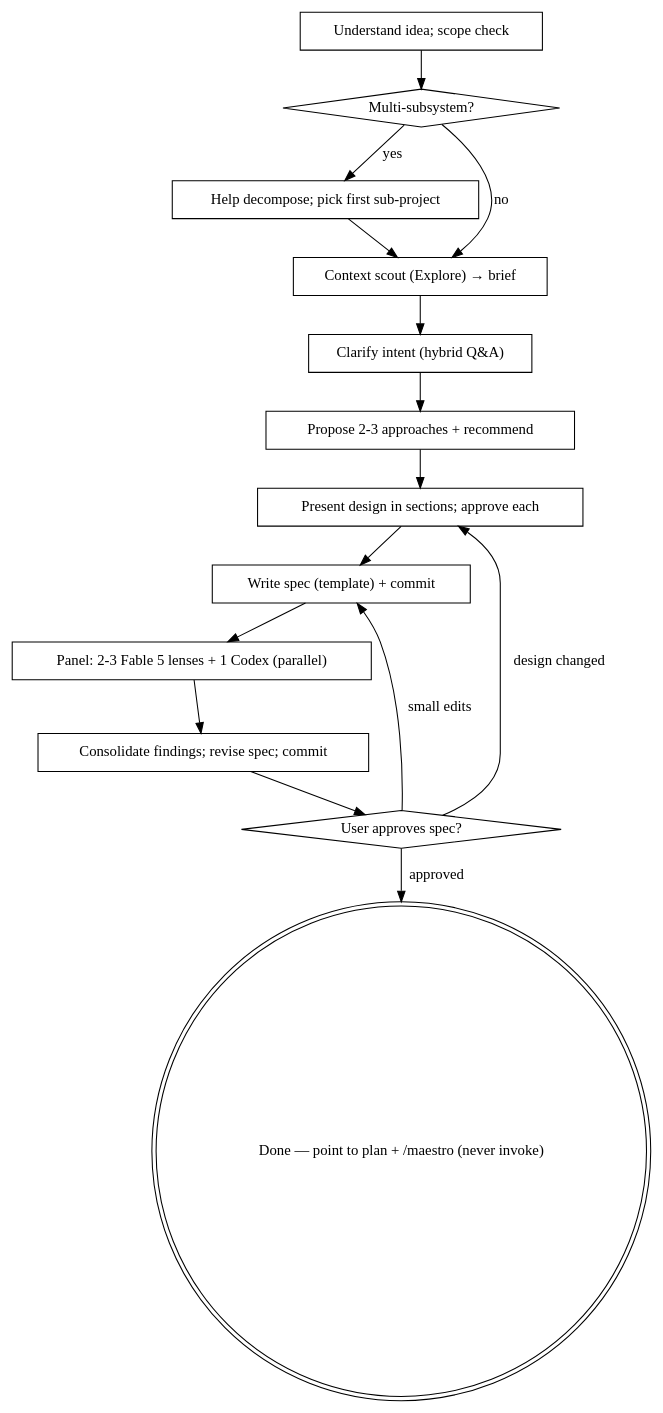
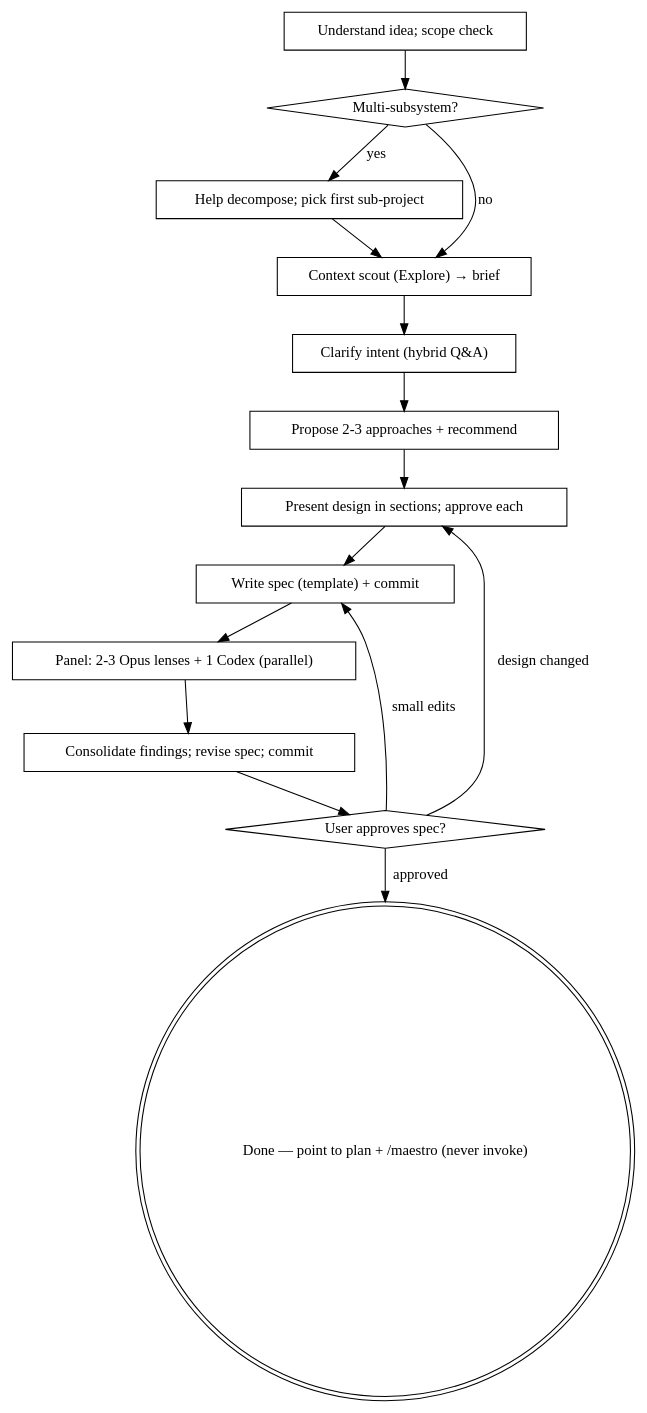
The diagram in skills/libretto/SKILL.md (PythonShe/Repertoire), drawn with Graphviz before and after one commit. The commit also changed other lines of this file and 38 other files, not shown here.

First line of the commit message:
feat: retune every subagent seat to Opus at xhigh — Fable 5 suspended by export order

````diff
--- a/skills/libretto/SKILL.md
+++ b/skills/libretto/SKILL.md
@@ -66,32 +66,32 @@
 ```dot
 digraph libretto {
     rankdir=TB;
     "Understand idea; scope check" [shape=box];
     "Multi-subsystem?" [shape=diamond];
     "Help decompose; pick first sub-project" [shape=box];
     "Context scout (Explore) → brief" [shape=box];
     "Clarify intent (hybrid Q&A)" [shape=box];
     "Propose 2-3 approaches + recommend" [shape=box];
     "Present design in sections; approve each" [shape=box];
     "Write spec (template) + commit" [shape=box];
-    "Panel: 2-3 Fable 5 lenses + 1 Codex (parallel)" [shape=box];
+    "Panel: 2-3 Opus lenses + 1 Codex (parallel)" [shape=box];
     "Consolidate findings; revise spec; commit" [shape=box];
     "User approves spec?" [shape=diamond];
     "Done — point to plan + /maestro (never invoke)" [shape=doublecircle];
 
     "Understand idea; scope check" -> "Multi-subsystem?";
     "Multi-subsystem?" -> "Help decompose; pick first sub-project" [label="yes"];
     "Multi-subsystem?" -> "Context scout (Explore) → brief" [label="no"];
     "Help decompose; pick first sub-project" -> "Context scout (Explore) → brief";
     "Context scout (Explore) → brief" -> "Clarify intent (hybrid Q&A)";
     "Clarify intent (hybrid Q&A)" -> "Propose 2-3 approaches + recommend";
     "Propose 2-3 approaches + recommend" -> "Present design in sections; approve each";
     "Present design in sections; approve each" -> "Write spec (template) + commit";
-    "Write spec (template) + commit" -> "Panel: 2-3 Fable 5 lenses + 1 Codex (parallel)";
-    "Panel: 2-3 Fable 5 lenses + 1 Codex (parallel)" -> "Consolidate findings; revise spec; commit";
+    "Write spec (template) + commit" -> "Panel: 2-3 Opus lenses + 1 Codex (parallel)";
+    "Panel: 2-3 Opus lenses + 1 Codex (parallel)" -> "Consolidate findings; revise spec; commit";
     "Consolidate findings; revise spec; commit" -> "User approves spec?";
     "User approves spec?" -> "Present design in sections; approve each" [label="design changed"];
     "User approves spec?" -> "Write spec (template) + commit" [label="small edits"];
     "User approves spec?" -> "Done — point to plan + /maestro (never invoke)" [label="approved"];
 }
 ```
````
